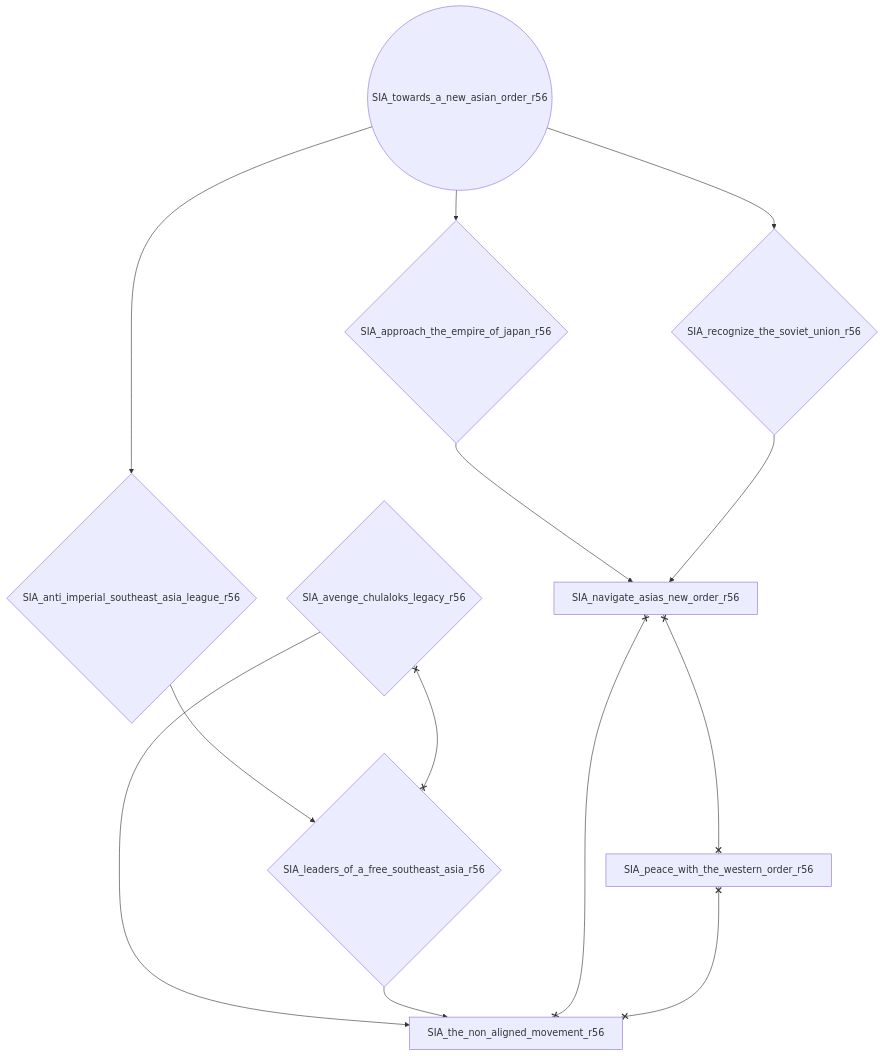
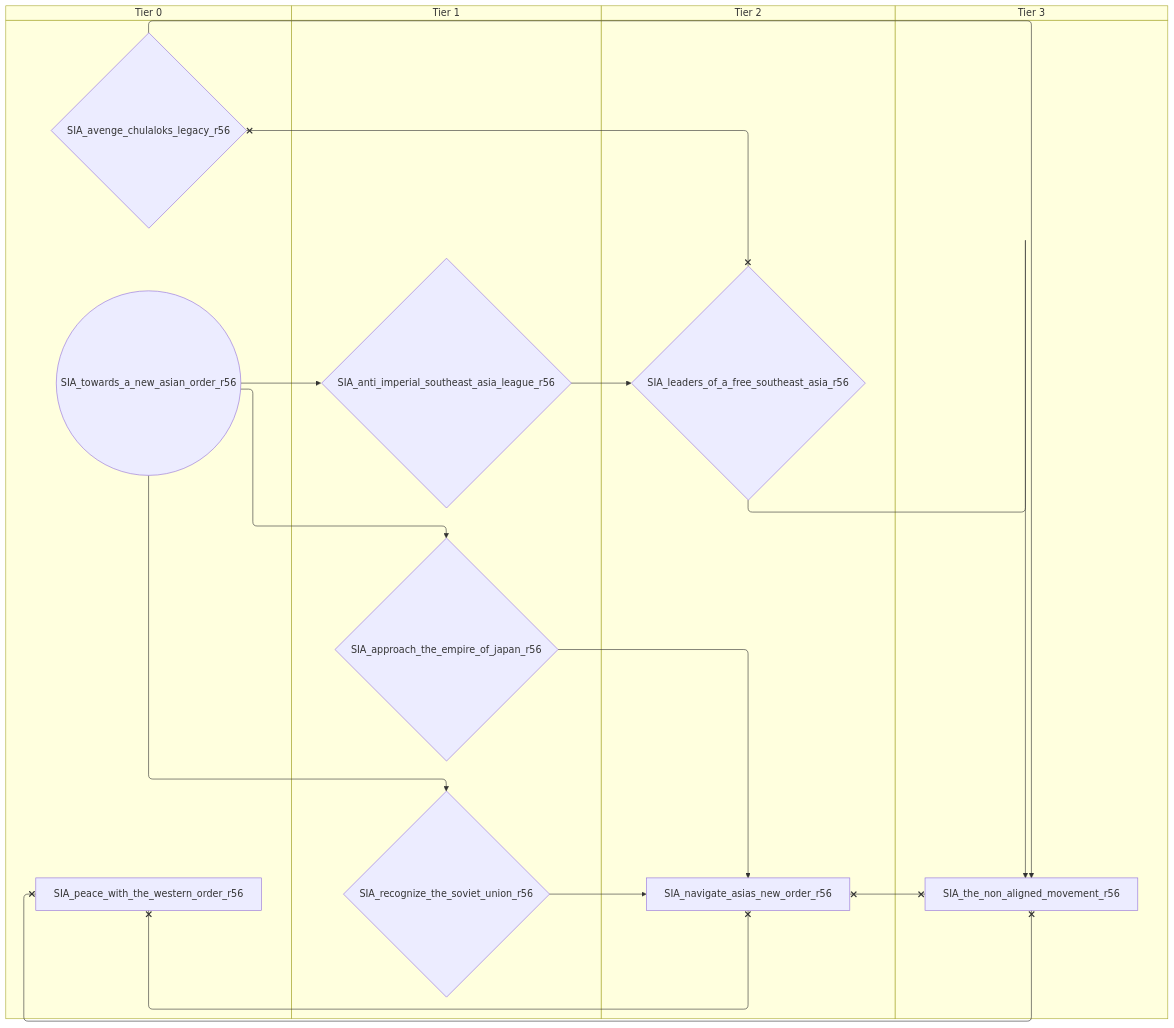
The ninth of 9 diagrams in docs/gdd/National Focuses/siam_r56.md (evgeny-sobol/hoi4-sandbox-mode-r56), drawn with Mermaid before and after one commit. The commit also changed other lines of this file and 423 other files, not shown here.

First line of the commit message:
Re-export Rt56 focus trees as swimlane diagrams

````diff
--- a/docs/gdd/National Focuses/siam_r56.md
+++ b/docs/gdd/National Focuses/siam_r56.md
@@ -585,24 +663,32 @@
 ```mermaid
-flowchart TD
-    n183{"SIA_anti_imperial_southeast_asia_league_r56"}
-    n184{"SIA_approach_the_empire_of_japan_r56"}
-    n146{"SIA_avenge_chulaloks_legacy_r56"}
-    n148{"SIA_leaders_of_a_free_southeast_asia_r56"}
-    n150["SIA_navigate_asias_new_order_r56"]
-    n152["SIA_peace_with_the_western_order_r56"]
-    n185{"SIA_recognize_the_soviet_union_r56"}
-    n153["SIA_the_non_aligned_movement_r56"]
-    n186(("SIA_towards_a_new_asian_order_r56"))
-    n186 --> n183
-    n186 --> n184
-    n183 --> n148
-    n184 --> n150
-    n185 --> n150
-    n186 --> n185
-    n146 --> n153
-    n148 --> n153
-    n146 x--x n148
-    n150 x--x n152
-    n150 x--x n153
+swimlane-beta TD
+    subgraph tier_0["Tier 0"]
+        n151{"SIA_avenge_chulaloks_legacy_r56"}
+        n152["SIA_peace_with_the_western_order_r56"]
+        n183(("SIA_towards_a_new_asian_order_r56"))
+    end
+    subgraph tier_1["Tier 1"]
+        n184{"SIA_anti_imperial_southeast_asia_league_r56"}
+        n185{"SIA_approach_the_empire_of_japan_r56"}
+        n186{"SIA_recognize_the_soviet_union_r56"}
+    end
+    subgraph tier_2["Tier 2"]
+        n145{"SIA_leaders_of_a_free_southeast_asia_r56"}
+        n146["SIA_navigate_asias_new_order_r56"]
+    end
+    subgraph tier_3["Tier 3"]
+        n153["SIA_the_non_aligned_movement_r56"]
+    end
+    n183 --> n184
+    n183 --> n185
+    n184 --> n145
+    n185 --> n146
+    n186 --> n146
+    n183 --> n186
+    n151 --> n153
+    n145 --> n153
+    n151 x--x n145
+    n146 x--x n152
+    n146 x--x n153
     n152 x--x n153
 ```
````
